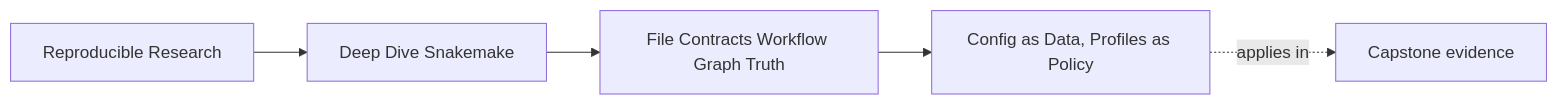
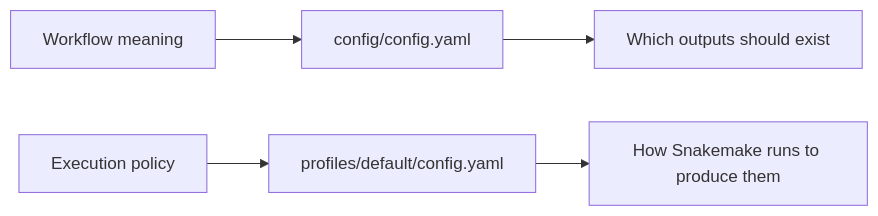
One commit to bijux/bijux-masterclass changed the diagram in programs/reproducible-research/deep-dive-snakemake/course-book/module-01-file-contracts-workflow-graph-truth/config-as-data-profiles-as-policy.md. Above: the diagram before and after it, drawn with Mermaid. The commit also changed other lines of this file and 4 other files, not shown here.

````diff
--- a/programs/reproducible-research/deep-dive-snakemake/course-book/module-01-file-contracts-workflow-graph-truth/config-as-data-profiles-as-policy.md
+++ b/programs/reproducible-research/deep-dive-snakemake/course-book/module-01-file-contracts-workflow-graph-truth/config-as-data-profiles-as-policy.md
@@ -7,11 +218,7 @@
 ```mermaid
-graph LR
-  family["Reproducible Research"]
-  program["Deep Dive Snakemake"]
-  section["File Contracts Workflow Graph Truth"]
-  page["Config as Data, Profiles as Policy"]
-  capstone["Capstone evidence"]
-
-  family --> program --> section --> page
-  page -.applies in.-> capstone
+flowchart LR
+  meaning["Workflow meaning"] --> config["config/config.yaml"]
+  policy["Execution policy"] --> profile["profiles/default/config.yaml"]
+  config --> outputs["Which outputs should exist"]
+  profile --> runtime["How Snakemake runs to produce them"]
 ```
````
